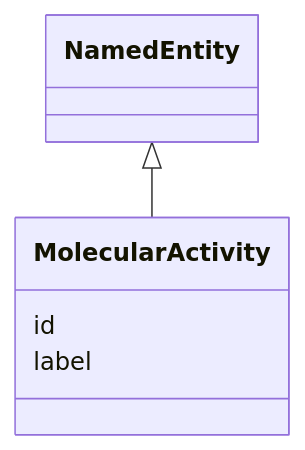
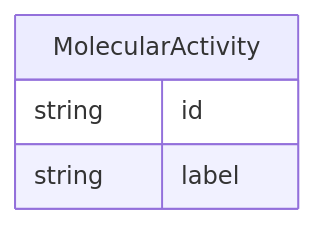
Before and after one commit to monarch-initiative/ontogpt: the diagram in docs/biological_process/MolecularActivity.md, drawn with Mermaid. The commit also changed 187 other files, not shown here.

````diff
--- a/docs/biological_process/MolecularActivity.md
+++ b/docs/biological_process/MolecularActivity.md
@@ -8,9 +8,10 @@
 ```mermaid
- classDiagram
-    class MolecularActivity
-      NamedEntity <|-- MolecularActivity
-      
-      MolecularActivity : id
-      MolecularActivity : label
-      
+erDiagram
+MolecularActivity {
+    string id  
+    string label  
+}
+
+
+
 ```
````
